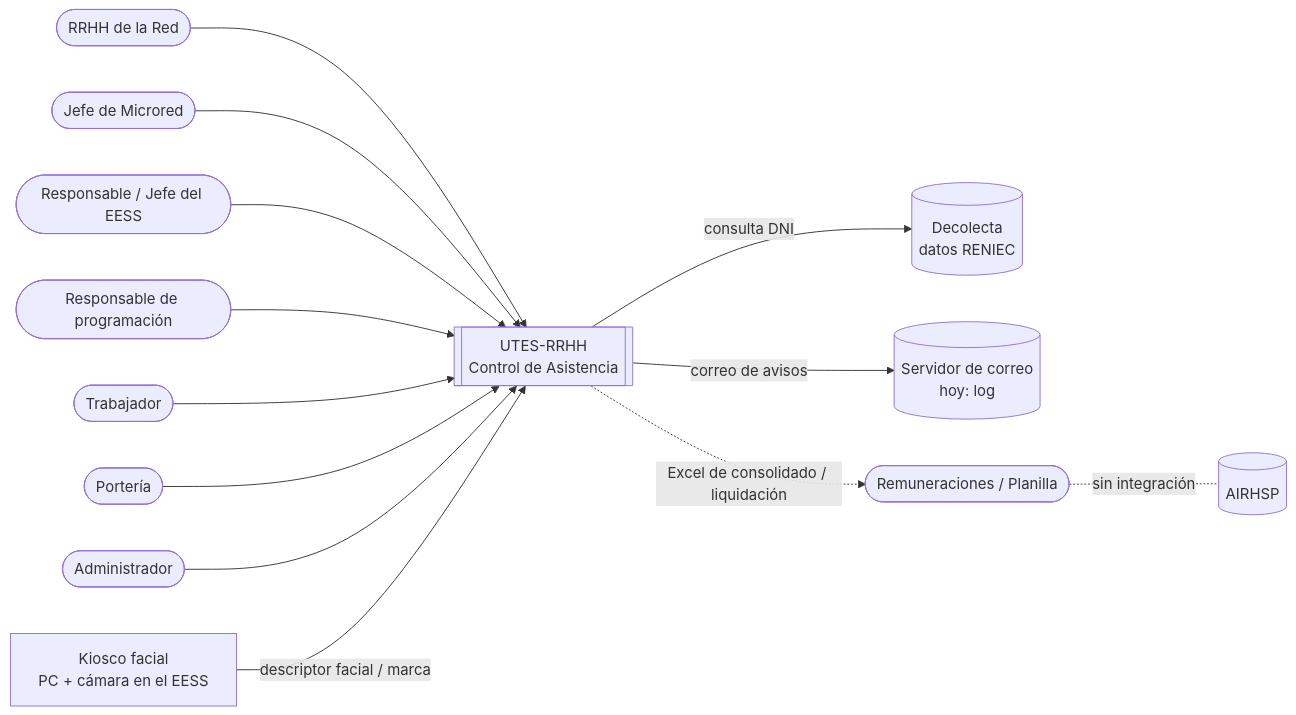
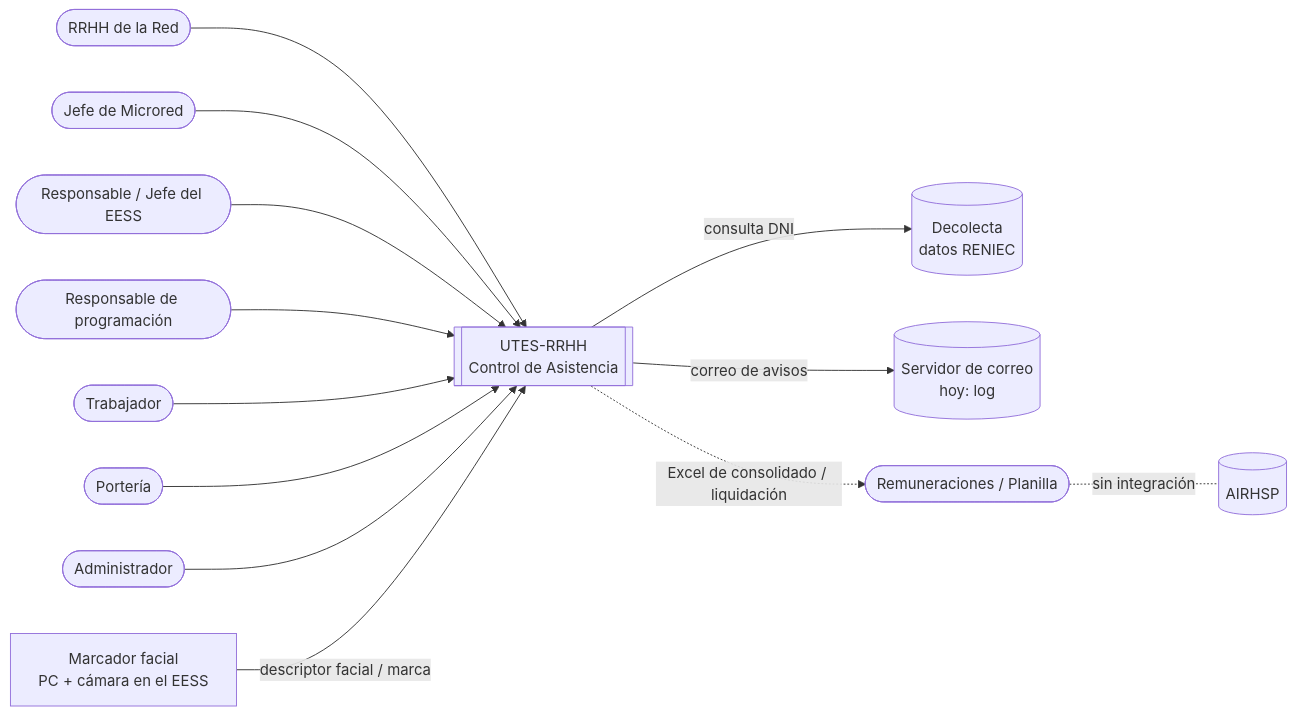
The third of 6 diagrams in docs/ESTADO_SISTEMA.md (httpsfranz/UTES-RRHH-Backend), drawn with Mermaid before and after one commit. The commit also changed other lines of this file and 125 other files, not shown here.

````diff
--- a/docs/ESTADO_SISTEMA.md
+++ b/docs/ESTADO_SISTEMA.md
@@ -353,16 +353,16 @@
 ```mermaid
 flowchart LR
     RRHH([RRHH de la Red]) --> SYS
     JM([Jefe de Microred]) --> SYS
     JE([Responsable / Jefe del EESS]) --> SYS
     PR([Responsable de programación]) --> SYS
     TR([Trabajador]) --> SYS
     PO([Portería]) --> SYS
     AD([Administrador]) --> SYS
     SYS[[UTES-RRHH<br/>Control de Asistencia]]
-    KIO[Kiosco facial<br/>PC + cámara en el EESS] -- descriptor facial / marca --> SYS
+    KIO[Marcador facial<br/>PC + cámara en el EESS] -- descriptor facial / marca --> SYS
     SYS -- consulta DNI --> DEC[(Decolecta<br/>datos RENIEC)]
     SYS -- correo de avisos --> MAIL[(Servidor de correo<br/>hoy: log)]
     SYS -. Excel de consolidado / liquidación .-> REM([Remuneraciones / Planilla])
     REM -. sin integración .- AIRHSP[(AIRHSP)]
 ```
````
